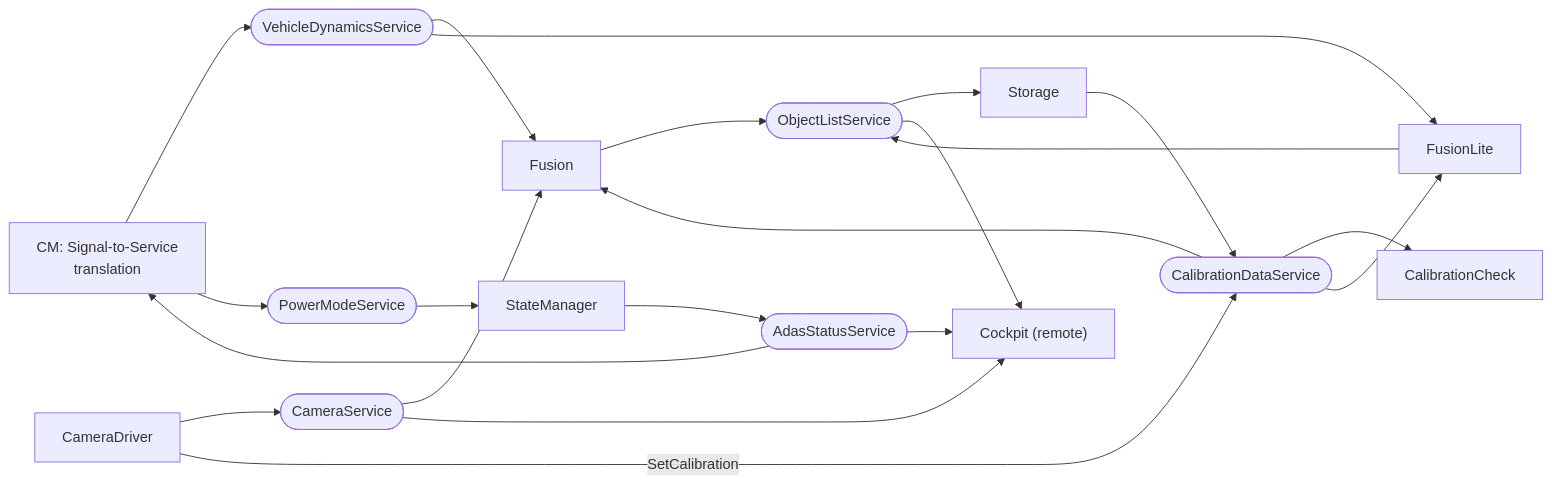
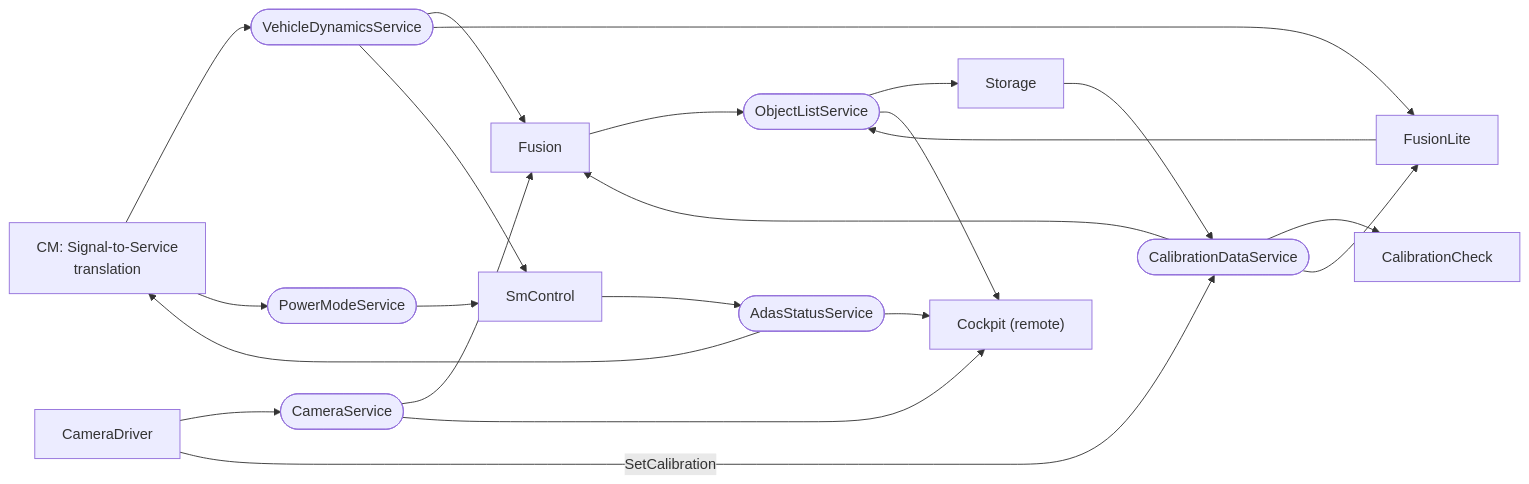
One commit to cavoidcodon/adaptive-guides changed the seventh of 8 diagrams in guides/00_LearningPath.md. Above: the diagram before and after it, drawn with Mermaid. The commit also changed other lines of this file and 6 other files, not shown here.

````diff
--- a/guides/00_LearningPath.md
+++ b/guides/00_LearningPath.md
@@ -791,23 +798,24 @@
 ```mermaid
 flowchart LR
     CD["CameraDriver"] --> CS(["CameraService"])
     CS --> FU["Fusion"]
     CS --> CK["Cockpit (remote)"]
     FU --> OL(["ObjectListService"])
     FL["FusionLite"] --> OL
     OL --> ST["Storage"]
     OL --> CK
     ST --> CAL(["CalibrationDataService"])
     CAL --> CC["CalibrationCheck"]
     CAL --> FU
     CAL --> FL
     CD -->|"SetCalibration"| CAL
     S2S["CM: Signal-to-Service<br/>translation"] --> VD(["VehicleDynamicsService"])
     S2S --> PM(["PowerModeService"])
     VD --> FU
     VD --> FL
-    PM --> SMG["StateManager"]
-    SMG --> AS(["AdasStatusService"])
+    PM --> SMC["SmControl"]
+    VD --> SMC
+    SMC --> AS(["AdasStatusService"])
     AS --> S2S
     AS --> CK
 ```
````
